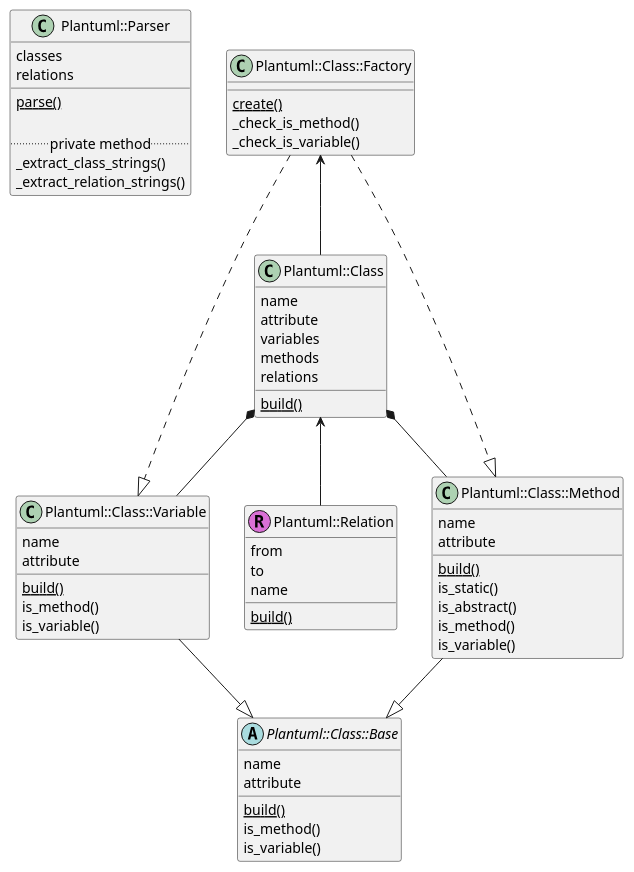
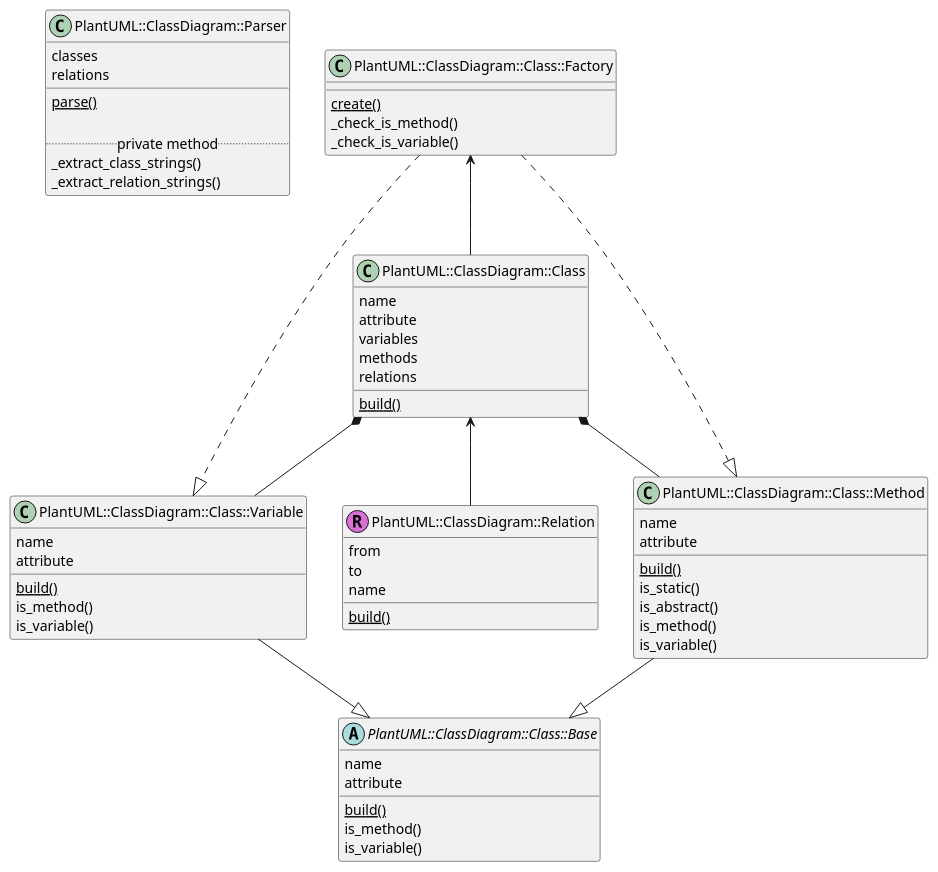
Before and after one commit to Kesin11/plantuml_class_digram_parse: the diagram in examples/pu/self_class_diagram.pu, drawn with PlantUML. The commit also changed 18 other files, not shown here.

```diff
--- a/examples/pu/self_class_diagram.pu
+++ b/examples/pu/self_class_diagram.pu
@@ -1,81 +1,81 @@
 @startuml
 
 /'
 class Main {
   run()
 }
 '/
 
-/' クラスと関係の文字列を抽出。Plantuml::Classに渡してオブジェクトをもらう '/
-/' relationはこの中でビルドしてPlantuml::Classに渡す'/
-class Plantuml::Parser {
+/' クラスと関係の文字列を抽出。PlantUML::ClassDiagram::Classに渡してオブジェクトをもらう '/
+/' relationはこの中でビルドしてPlantUML::ClassDiagram::Classに渡す'/
+class PlantUML::ClassDiagram::Parser {
   classes
   relations
   ____
   {static} parse()
 
   .. private method ..
   _extract_class_strings()
   _extract_relation_strings()
 }
 
 /'クラス全体の文字列と、Relationオブジェクト全てをもらってクラスを組み立てる'/
-class Plantuml::Class {
+class PlantUML::ClassDiagram::Class {
   name
   attribute
   variables
   methods
   relations
   {static} build()
 }
 
-class Plantuml::Class::Factory {
+class PlantUML::ClassDiagram::Class::Factory {
   {static} create()
   _check_is_method()
   _check_is_variable()
 }
 
-abstract class Plantuml::Class::Base {
+abstract class PlantUML::ClassDiagram::Class::Base {
   name
   attribute
   {static} build()
   is_method()
   is_variable()
 }
 
-class Plantuml::Class::Variable {
+class PlantUML::ClassDiagram::Class::Variable {
   name
   attribute
   {static} build()
   is_method()
   is_variable()
 }
 
-class Plantuml::Class::Method {
+class PlantUML::ClassDiagram::Class::Method {
   name
   attribute
   {static} build()
   'check method'
   is_static()
   is_abstract()
   is_method()
   is_variable()
 }
 
-class Plantuml::Relation << (R,orchid) >> {
+class PlantUML::ClassDiagram::Relation << (R,orchid) >> {
   from
   to
   name
   {static} build()
 }
 
-Plantuml::Class *-- Plantuml::Class::Variable
-Plantuml::Class *-- Plantuml::Class::Method
-Plantuml::Class <-- Plantuml::Relation
-Plantuml::Class::Factory <-- Plantuml::Class
-Plantuml::Class::Factory ..|> Plantuml::Class::Variable
-Plantuml::Class::Factory ..|> Plantuml::Class::Method
-Plantuml::Class::Variable -down-|> Plantuml::Class::Base
-Plantuml::Class::Method -down-|> Plantuml::Class::Base
+PlantUML::ClassDiagram::Class *-- PlantUML::ClassDiagram::Class::Variable
+PlantUML::ClassDiagram::Class *-- PlantUML::ClassDiagram::Class::Method
+PlantUML::ClassDiagram::Class <-- PlantUML::ClassDiagram::Relation
+PlantUML::ClassDiagram::Class::Factory <-- PlantUML::ClassDiagram::Class
+PlantUML::ClassDiagram::Class::Factory ..|> PlantUML::ClassDiagram::Class::Variable
+PlantUML::ClassDiagram::Class::Factory ..|> PlantUML::ClassDiagram::Class::Method
+PlantUML::ClassDiagram::Class::Variable -down-|> PlantUML::ClassDiagram::Class::Base
+PlantUML::ClassDiagram::Class::Method -down-|> PlantUML::ClassDiagram::Class::Base
 
 @enduml
```
